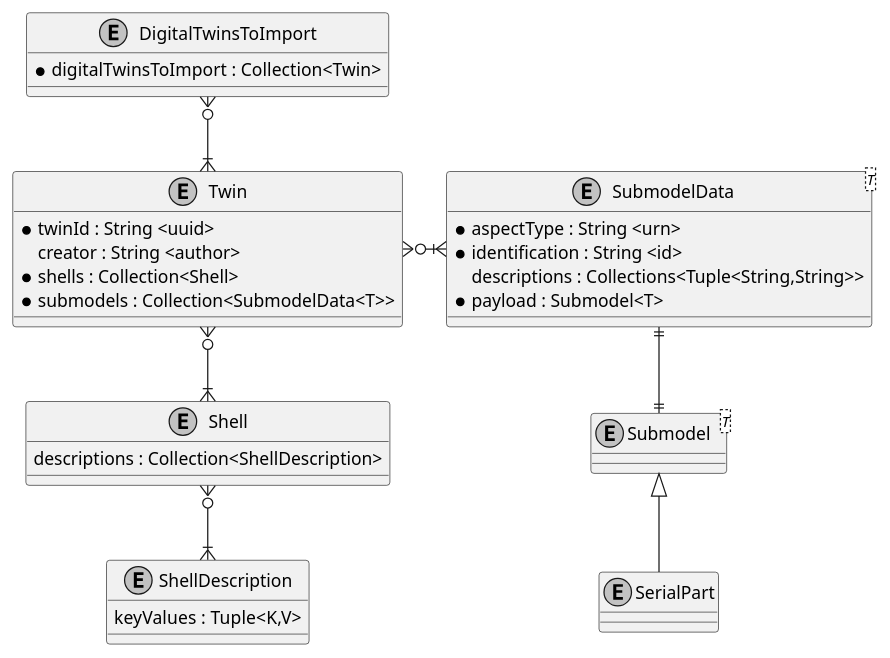
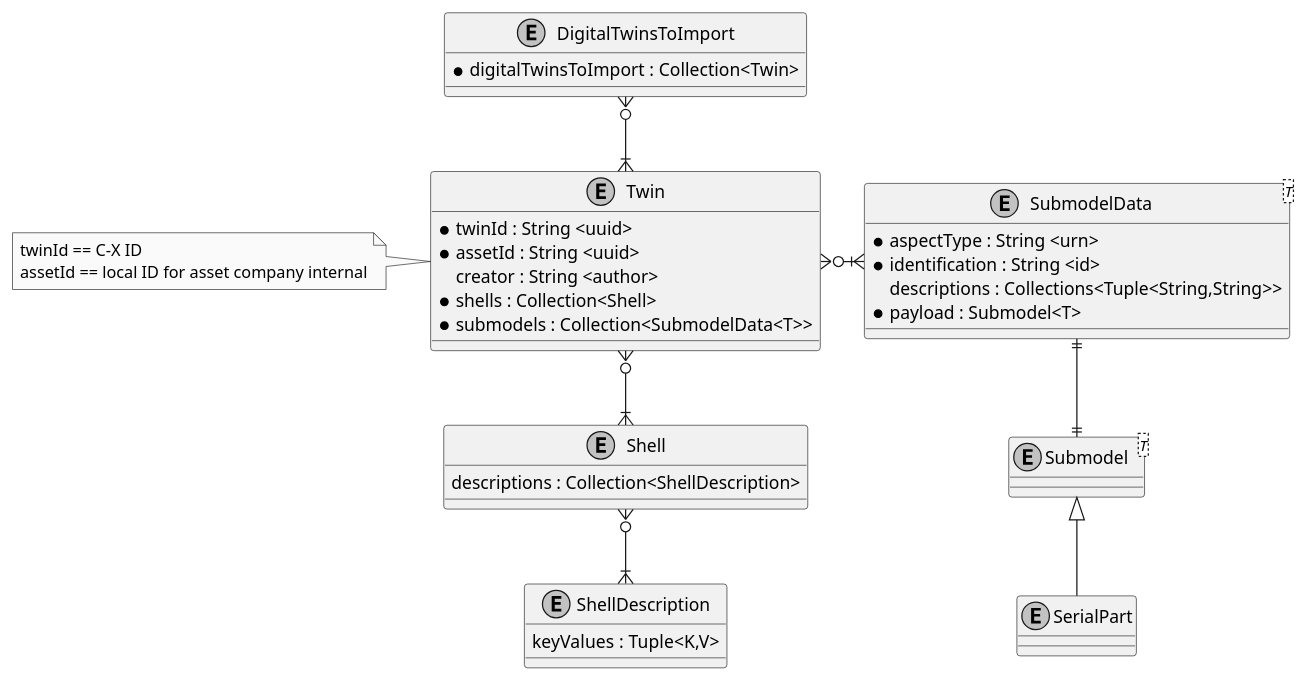
One commit to eclipse-tractusx/traceability-foss changed the diagram in docs/src/docs/concepts/[TRACEFOSS-1019]-data-import-interface/tracex-twin-import-format.puml. Above: the diagram before and after it, drawn with PlantUML. The commit also changed 1 other file, not shown here.

Commit message:
chore(uml):[TRACEFOSS-1019] add sequence diagram

```diff
--- a/docs/src/docs/concepts/[TRACEFOSS-1019]-data-import-interface/tracex-twin-import-format.puml
+++ b/docs/src/docs/concepts/[TRACEFOSS-1019]-data-import-interface/tracex-twin-import-format.puml
@@ -1,41 +1,47 @@
 @startuml
 skinparam monochrome true
 skinparam shadowing false
 skinparam linetype ortho
 skinparam defaultFontName "Architects daughter"
 
 
 entity DigitalTwinsToImport {
     * digitalTwinsToImport : Collection<Twin>
 }
 entity Twin {
     * twinId : String <uuid>
+    * assetId : String <uuid>
     creator : String <author>
     * shells : Collection<Shell>
     * submodels : Collection<SubmodelData<T>>
 }
+ note left
+    twinId == C-X ID
+    assetId == local ID for asset company internal
+ end note
+
 entity Shell {
     descriptions : Collection<ShellDescription>
 }
 entity ShellDescription {
     keyValues : Tuple<K,V>
 }
 entity SubmodelData<T> {
     * aspectType : String <urn>
     * identification : String <id>
     descriptions : Collections<Tuple<String,String>>
     * payload : Submodel<T>
 }
 
 entity  Submodel<T>
 
 entity SerialPart
 
 DigitalTwinsToImport }o--|{ Twin
 Twin  }o--|{ Shell
 Shell }o--|{  ShellDescription
 Twin }o-|{ SubmodelData
 SubmodelData ||--|| Submodel
 Submodel <|-- SerialPart
 
 @enduml
```
